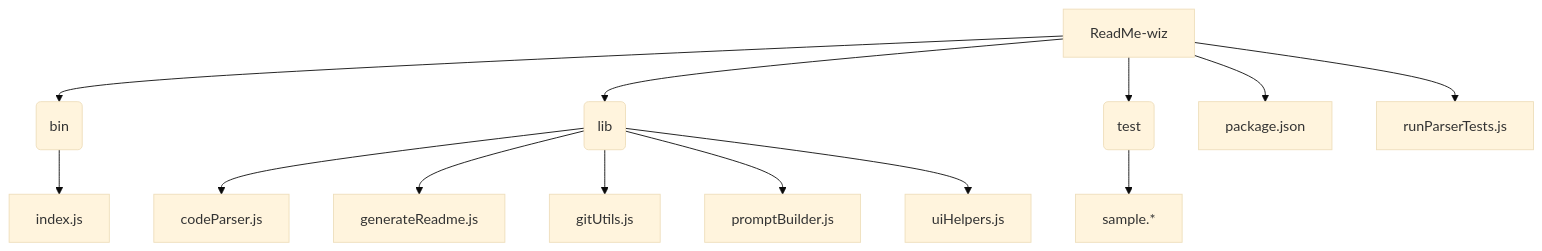
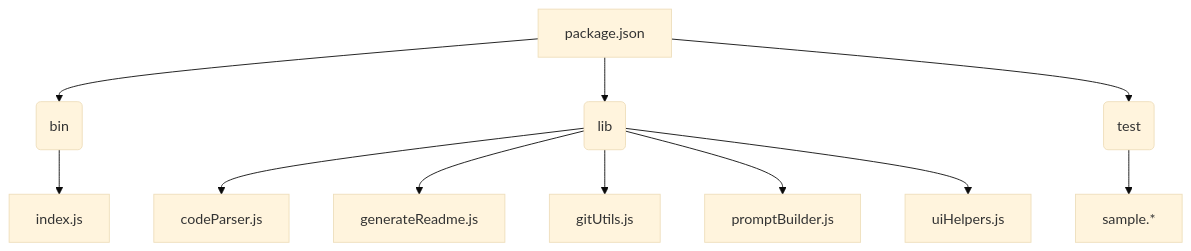
Before and after one commit to PIYUSH1SAINI/ReadMe-wiz: the second of 2 diagrams in README.md, drawn with Mermaid (base theme). The commit also changed other lines of this file and 1 other file, not shown here.

````diff
--- a/README.md
+++ b/README.md
@@ -47,16 +62,14 @@
 ```mermaid
 graph TD
-    A[ReadMe-wiz] --> B(bin);
-    A --> C(lib);
-    A --> D(test);
-    B --> E["index.js"];
-    C --> F["codeParser.js"];
-    C --> G["generateReadme.js"];
-    C --> H["gitUtils.js"];
-    C --> I["promptBuilder.js"];
-    C --> J["uiHelpers.js"];
-    D --> K["sample.*"];
-    A --> L["package.json"];
-    A --> M["runParserTests.js"];
+    A[package.json] --> B(bin);
+    B --> C[index.js];
+    A --> D(lib);
+    D --> E[codeParser.js];
+    D --> F[generateReadme.js];
+    D --> G[gitUtils.js];
+    D --> H[promptBuilder.js];
+    D --> I[uiHelpers.js];
+    A --> J(test);
+    J --> K["sample.*"];
 
 ```
````
